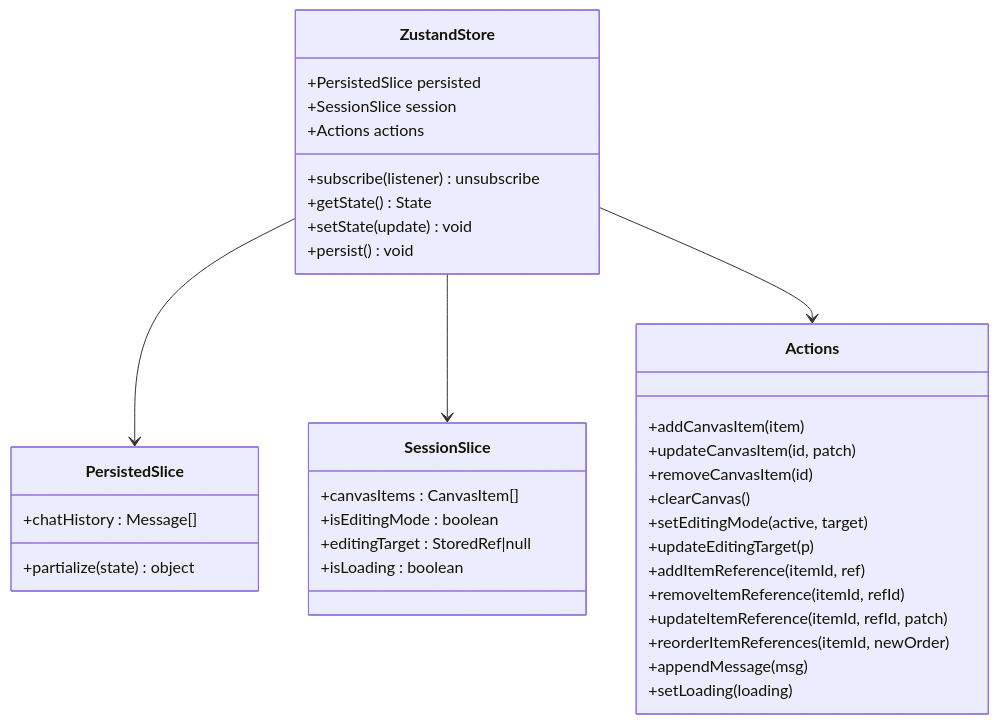
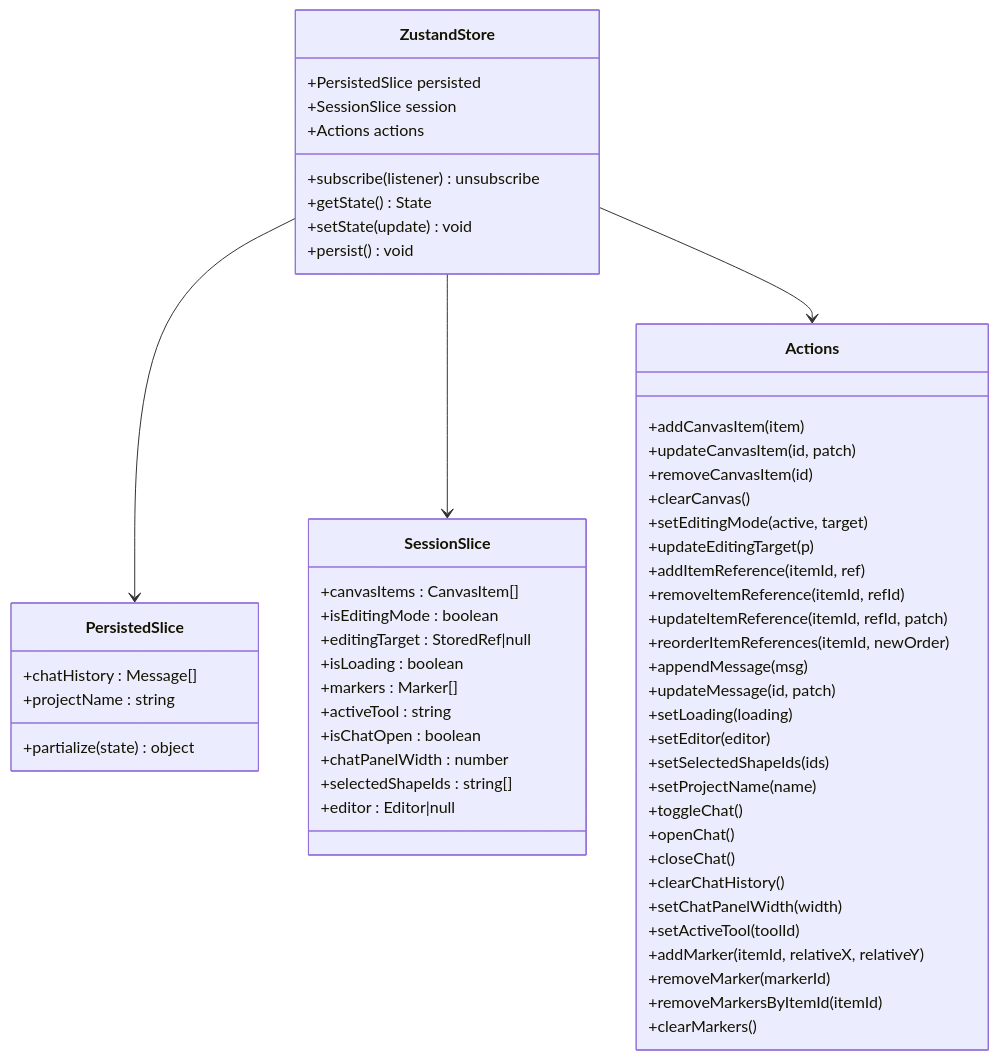
Before and after one commit to billye220670/BananaFlow2: the second of 19 diagrams in .qoder/repowiki/zh/content/状态管理系统.md, drawn with Mermaid. The commit also changed other lines of this file and 10 other files, not shown here.

````diff
--- a/.qoder/repowiki/zh/content/状态管理系统.md
+++ b/.qoder/repowiki/zh/content/状态管理系统.md
@@ -93,39 +105,60 @@
 ```mermaid
 classDiagram
 class ZustandStore {
 +PersistedSlice persisted
 +SessionSlice session
 +Actions actions
 +subscribe(listener) unsubscribe
 +getState() State
 +setState(update) void
 +persist() void
 }
 class PersistedSlice {
 +chatHistory : Message[]
++projectName : string
 +partialize(state) object
 }
 class SessionSlice {
 +canvasItems : CanvasItem[]
 +isEditingMode : boolean
 +editingTarget : StoredRef|null
 +isLoading : boolean
++markers : Marker[]
++activeTool : string
++isChatOpen : boolean
++chatPanelWidth : number
++selectedShapeIds : string[]
++editor : Editor|null
 }
 class Actions {
 +addCanvasItem(item)
 +updateCanvasItem(id, patch)
 +removeCanvasItem(id)
 +clearCanvas()
 +setEditingMode(active, target)
 +updateEditingTarget(p)
 +addItemReference(itemId, ref)
 +removeItemReference(itemId, refId)
 +updateItemReference(itemId, refId, patch)
 +reorderItemReferences(itemId, newOrder)
 +appendMessage(msg)
++updateMessage(id, patch)
 +setLoading(loading)
++setEditor(editor)
++setSelectedShapeIds(ids)
++setProjectName(name)
++toggleChat()
++openChat()
++closeChat()
++clearChatHistory()
++setChatPanelWidth(width)
++setActiveTool(toolId)
++addMarker(itemId, relativeX, relativeY)
++removeMarker(markerId)
++removeMarkersByItemId(itemId)
++clearMarkers()
 }
 ZustandStore --> PersistedSlice
 ZustandStore --> SessionSlice
 ZustandStore --> Actions
 ```
````
